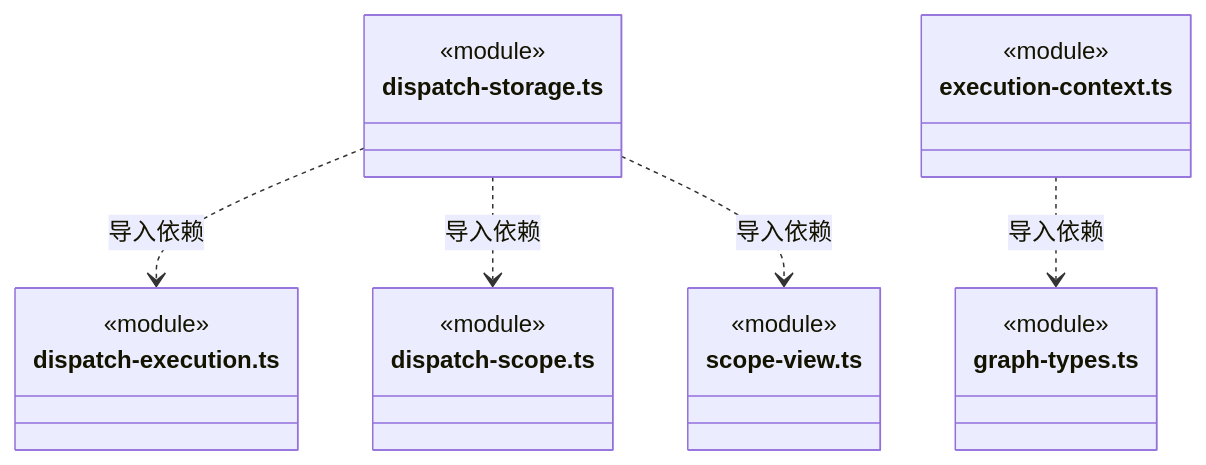
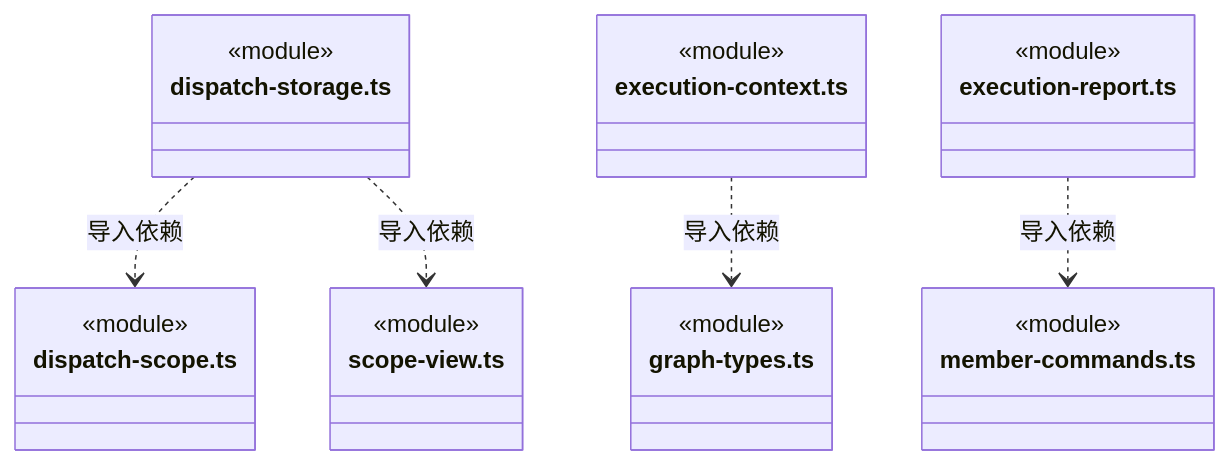
Before and after one commit to nan023062/cbim: diagram 48 of 56 in src/backend/core/tasks/ARCHITECTURE.md, drawn with Mermaid. The commit also changed other lines of this file and 53 other files, not shown here.

````diff
--- a/src/backend/core/tasks/ARCHITECTURE.md
+++ b/src/backend/core/tasks/ARCHITECTURE.md
@@ -1098,25 +1203,28 @@
 ```mermaid
 classDiagram
 class N_src_backend_core_tasks_dispatch_storage_ts["dispatch-storage.ts"] {
-  <<module>>
-}
-class N_src_backend_core_tasks_dispatch_execution_ts["dispatch-execution.ts"] {
   <<module>>
 }
 class N_src_backend_core_tasks_dispatch_scope_ts["dispatch-scope.ts"] {
   <<module>>
 }
 class N_src_backend_core_tasks_scope_view_ts["scope-view.ts"] {
   <<module>>
 }
 class N_src_backend_core_tasks_execution_context_ts["execution-context.ts"] {
   <<module>>
 }
 class N_src_backend_core_tasks_graph_types_ts["graph-types.ts"] {
   <<module>>
 }
-N_src_backend_core_tasks_dispatch_storage_ts ..> N_src_backend_core_tasks_dispatch_execution_ts : 导入依赖
+class N_src_backend_core_tasks_execution_report_ts["execution-report.ts"] {
+  <<module>>
+}
+class N_src_backend_core_tasks_member_commands_ts["member-commands.ts"] {
+  <<module>>
+}
 N_src_backend_core_tasks_dispatch_storage_ts ..> N_src_backend_core_tasks_dispatch_scope_ts : 导入依赖
 N_src_backend_core_tasks_dispatch_storage_ts ..> N_src_backend_core_tasks_scope_view_ts : 导入依赖
 N_src_backend_core_tasks_execution_context_ts ..> N_src_backend_core_tasks_graph_types_ts : 导入依赖
+N_src_backend_core_tasks_execution_report_ts ..> N_src_backend_core_tasks_member_commands_ts : 导入依赖
 ```
````
